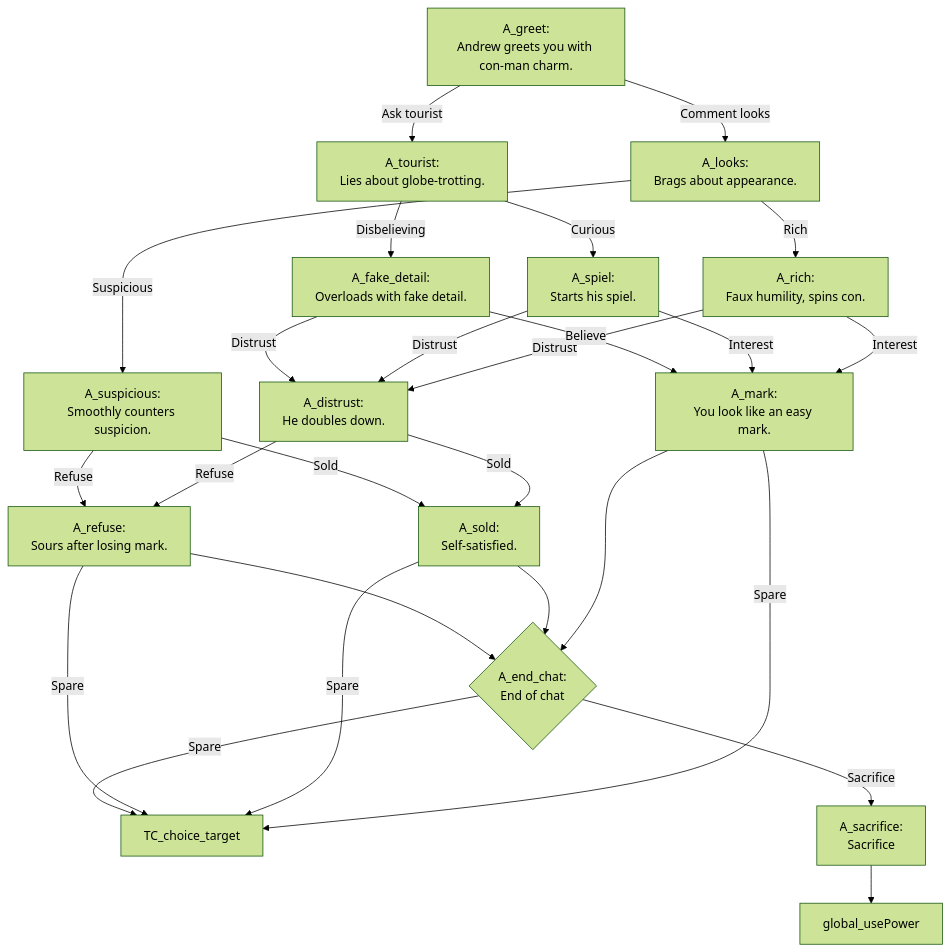
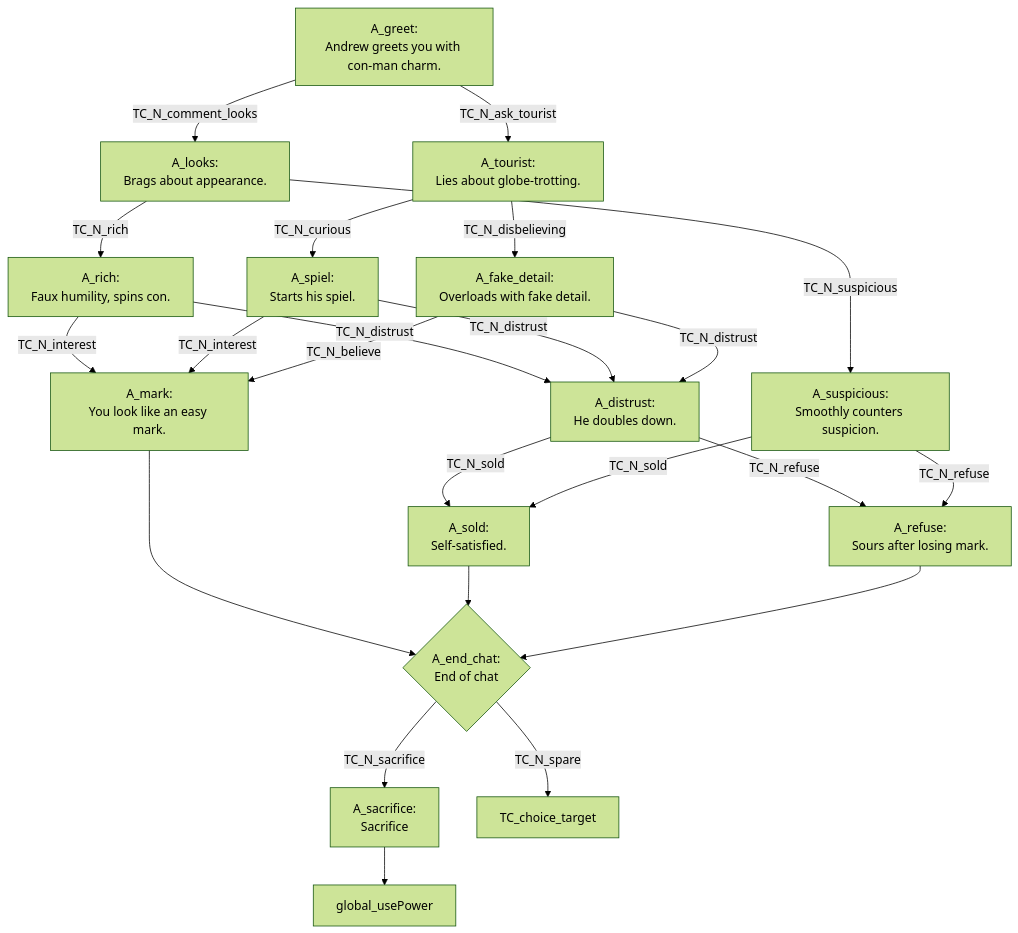
The diagram in Andrew.mmd (ivalace/horror-game-jam-2025), drawn with Mermaid (forest theme) before and after one commit. The commit also changed 4 other files, not shown here.

Commit message:
corrected node IDs and cleaned up flow for key characters

```diff
--- a/Andrew.mmd
+++ b/Andrew.mmd
@@ -1,34 +1,32 @@
 flowchart TD
 direction LR
-A_greet["A_greet:<br/>Andrew greets you with con-man charm."] -->|Comment looks| A_looks
-A_greet -->|Ask tourist| A_tourist
+A_greet["A_greet:<br/>Andrew greets you with con-man charm."] -->|TC_N_comment_looks| A_looks
+A_greet -->|TC_N_ask_tourist| A_tourist
 
-A_looks["A_looks:<br/>Brags about appearance."] -->|Rich| A_rich
-A_looks -->|Suspicious| A_suspicious
-A_rich["A_rich:<br/>Faux humility, spins con."] -->|Interest| A_mark
-A_rich -->|Distrust| A_distrust
+A_looks["A_looks:<br/>Brags about appearance."] -->|TC_N_rich| A_rich
+A_looks -->|TC_N_suspicious| A_suspicious
+A_rich["A_rich:<br/>Faux humility, spins con."] -->|TC_N_interest| A_mark
+A_rich -->|TC_N_distrust| A_distrust
 
 A_mark["A_mark:<br/>You look like an easy mark."] --> A_end_chat
-A_mark -->|Spare| TC_choice_target
 
-A_distrust["A_distrust:<br/>He doubles down."] -->|Sold| A_sold
-A_distrust -->|Refuse| A_refuse
+
+A_distrust["A_distrust:<br/>He doubles down."] -->|TC_N_sold| A_sold
+A_distrust -->|TC_N_refuse| A_refuse
 A_sold["A_sold:<br/>Self-satisfied."] --> A_end_chat
-A_sold -->|Spare| TC_choice_target
 A_refuse["A_refuse:<br/>Sours after losing mark."] --> A_end_chat
-A_refuse -->|Spare| TC_choice_target
 
-A_suspicious["A_suspicious:<br/>Smoothly counters suspicion."] -->|Sold| A_sold
-A_suspicious -->|Refuse| A_refuse
+A_suspicious["A_suspicious:<br/>Smoothly counters suspicion."] -->|TC_N_sold| A_sold
+A_suspicious -->|TC_N_refuse| A_refuse
 
-A_tourist["A_tourist:<br/>Lies about globe-trotting."] -->|Curious| A_spiel
-A_tourist -->|Disbelieving| A_fake_detail
-A_spiel["A_spiel:<br/>Starts his spiel."] -->|Interest| A_mark
-A_spiel -->|Distrust| A_distrust
-A_fake_detail["A_fake_detail:<br/>Overloads with fake detail."] -->|Believe| A_mark
-A_fake_detail -->|Distrust| A_distrust
+A_tourist["A_tourist:<br/>Lies about globe-trotting."] -->|TC_N_curious| A_spiel
+A_tourist -->|TC_N_disbelieving| A_fake_detail
+A_spiel["A_spiel:<br/>Starts his spiel."] -->|TC_N_interest| A_mark
+A_spiel -->|TC_N_distrust| A_distrust
+A_fake_detail["A_fake_detail:<br/>Overloads with fake detail."] -->|TC_N_believe| A_mark
+A_fake_detail -->|TC_N_distrust| A_distrust
 
-A_end_chat{"A_end_chat:<br/>End of chat"} -->|Sacrifice| A_sacrifice
-A_end_chat -->|Spare| TC_choice_target
+A_end_chat{"A_end_chat:<br/>End of chat"} -->|TC_N_sacrifice| A_sacrifice
+A_end_chat -->|TC_N_spare| TC_choice_target
 
 A_sacrifice["A_sacrifice:<br/>Sacrifice"] --> global_usePower
```
